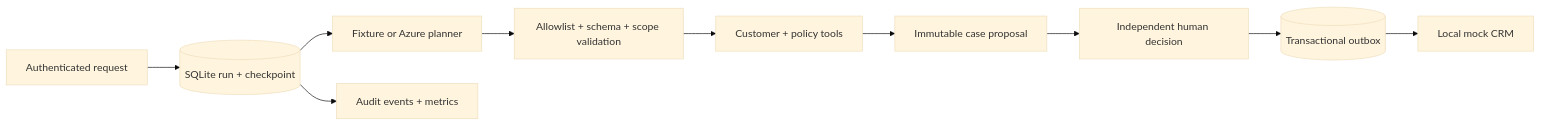
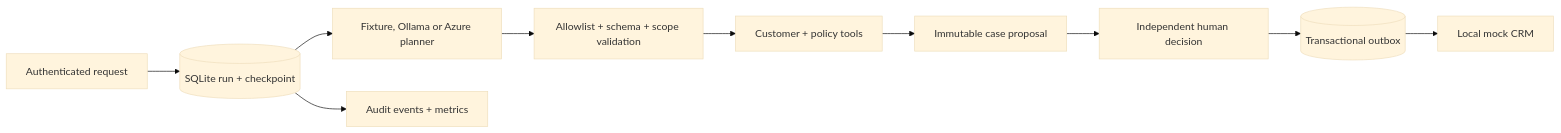
The diagram in README.md (phlppgdfry/agentic-workflow-platform), drawn with Mermaid (base theme) before and after one commit. The commit also changed other lines of this file and 6 other files, not shown here.

````diff
--- a/README.md
+++ b/README.md
@@ -74,12 +74,12 @@
 ```mermaid
 flowchart LR
   Request[Authenticated request] --> State[(SQLite run + checkpoint)]
-  State --> Planner[Fixture or Azure planner]
+  State --> Planner[Fixture, Ollama or Azure planner]
   Planner --> Validate[Allowlist + schema + scope validation]
   Validate --> Read[Customer + policy tools]
   Read --> Proposal[Immutable case proposal]
   Proposal --> Human[Independent human decision]
   Human --> Outbox[(Transactional outbox)]
   Outbox --> Mock[Local mock CRM]
   State --> Audit[Audit events + metrics]
 ```
````
